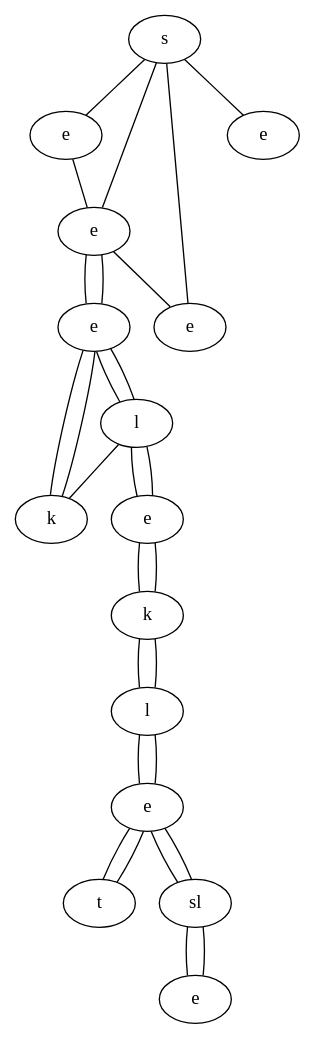
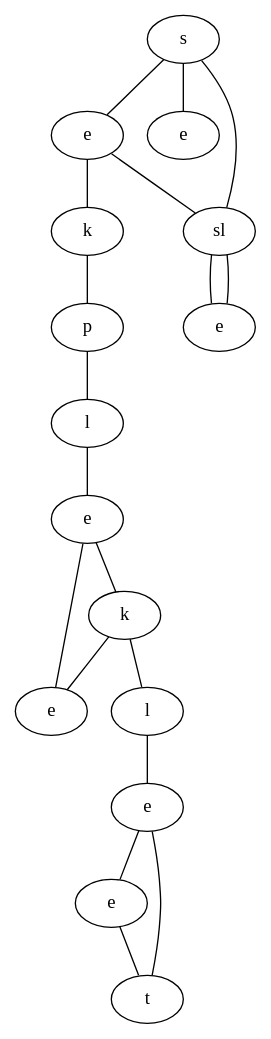
The diagram in data/VGLC/graph.dot (schrum2/MM-NEAT), drawn with Graphviz before and after one commit. The commit also changed 5 other files, not shown here.

```diff
--- a/data/VGLC/graph.dot
+++ b/data/VGLC/graph.dot
@@ -1,44 +1,35 @@
 graph {
-cHyT[label="s"]
-tJVs[label="e"]
-ERkU[label="e"]
-geaq[label="e"]
-OEzn[label="e"]
-jmrH[label="e"]
-qmhW[label="l"]
-MxNz[label="k"]
-eXit[label="e"]
-IlaF[label="k"]
-OjVK[label="l"]
-xjyx[label="e"]
-iqyo[label="t"]
-JrVx[label="sl"]
-LJoR[label="e"]
-cHyT -- tJVs
-cHyT -- ERkU
-cHyT -- geaq
-cHyT -- OEzn
-tJVs -- ERkU
-ERkU -- jmrH
-ERkU -- geaq
-ERkU -- jmrH
-jmrH -- qmhW
-jmrH -- MxNz
-jmrH -- qmhW
-jmrH -- MxNz
-qmhW -- MxNz
-qmhW -- eXit
-qmhW -- eXit
-eXit -- IlaF
-eXit -- IlaF
-IlaF -- OjVK
-IlaF -- OjVK
-OjVK -- xjyx
-OjVK -- xjyx
-xjyx -- iqyo
-xjyx -- JrVx
-xjyx -- iqyo
-xjyx -- JrVx
-JrVx -- LJoR
-JrVx -- LJoR
+zkfO[label="s"]
+QoSt[label="e"]
+ShJo[label="e"]
+LYGb[label="sl"]
+skHR[label="k"]
+GQrh[label="e"]
+BKQL[label="p"]
+szZm[label="l"]
+JxHv[label="e"]
+MYlk[label="k"]
+BHxf[label="e"]
+uoJj[label="l"]
+GDzG[label="e"]
+ZTRZ[label="e"]
+bwQT[label="t"]
+zkfO -- QoSt
+zkfO -- ShJo
+zkfO -- LYGb
+QoSt -- skHR
+QoSt -- LYGb
+LYGb -- GQrh
+skHR -- BKQL
+LYGb -- GQrh
+BKQL -- szZm
+szZm -- JxHv
+JxHv -- MYlk
+JxHv -- BHxf
+MYlk -- uoJj
+MYlk -- BHxf
+uoJj -- GDzG
+GDzG -- ZTRZ
+GDzG -- bwQT
+ZTRZ -- bwQT
 }
```
